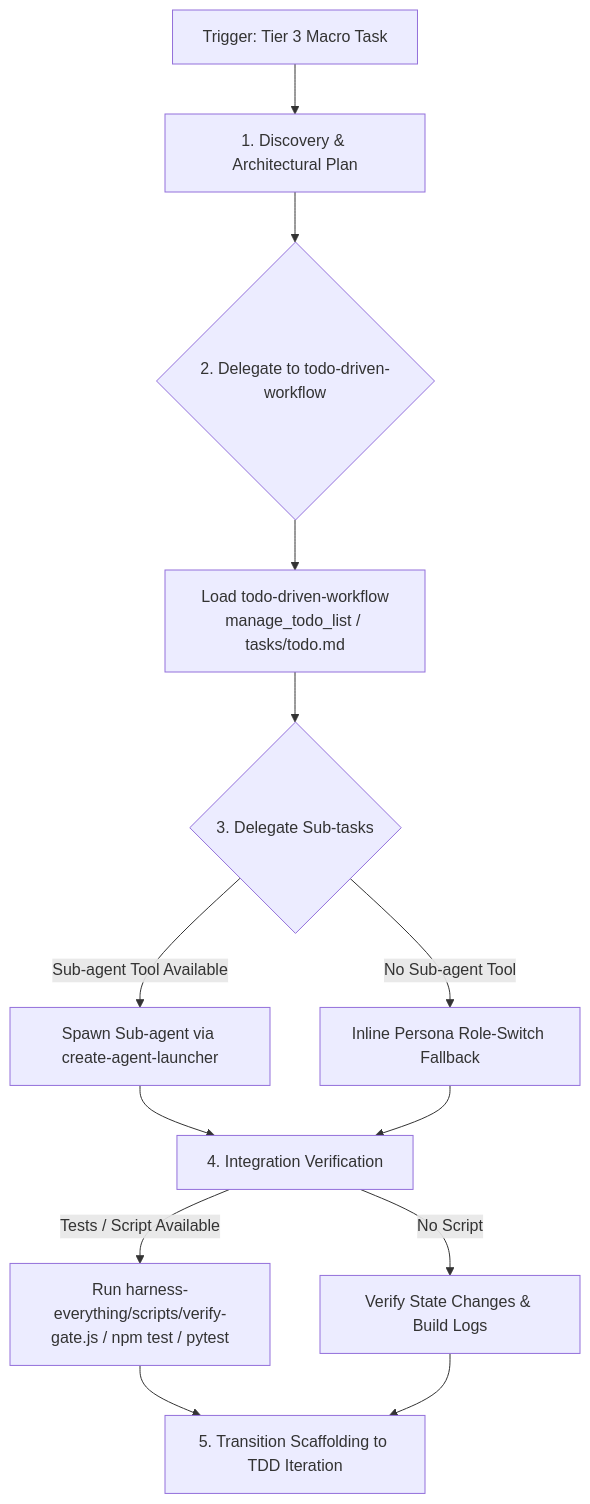
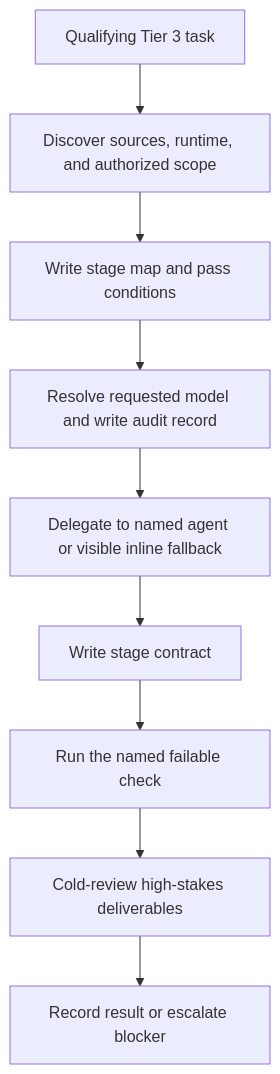
One commit to dyphn1/Harness-everything changed the diagram in fable-mode/references/execution-phases.md. Above: the diagram before and after it, drawn with Mermaid. The commit also changed other lines of this file and 47 other files, not shown here.

````diff
--- a/fable-mode/references/execution-phases.md
+++ b/fable-mode/references/execution-phases.md
@@ -7,20 +3,11 @@
 ```mermaid
 flowchart TD
-    Start[Trigger: Tier 3 Macro Task] --> Plan[1. Discovery & Architectural Plan]
-    Plan --> InitTodo{2. Delegate to todo-driven-workflow}
-
-    InitTodo --> UseTracker[Load todo-driven-workflow<br>manage_todo_list / tasks/todo.md]
-    UseTracker --> Delegate{3. Delegate Sub-tasks}
-
-    Delegate -- Sub-agent Tool Available --> SpawnSub[Spawn Sub-agent via create-agent-launcher]
-    Delegate -- No Sub-agent Tool --> InlineSwitch[Inline Persona Role-Switch Fallback]
-
-    SpawnSub --> Verify[4. Integration Verification]
-    InlineSwitch --> Verify
-
-    Verify -- Tests / Script Available --> RunVerify[Run harness-everything/scripts/verify-gate.js / npm test / pytest]
-    Verify -- No Script --> ManualVerify[Verify State Changes & Build Logs]
-
-    RunVerify --> Transition[5. Transition Scaffolding to TDD Iteration]
-    ManualVerify --> Transition
+  Start[Qualifying Tier 3 task] --> Discover[Discover sources, runtime, and authorized scope]
+  Discover --> Plan[Write stage map and pass conditions]
+  Plan --> Select[Resolve requested model and write audit record]
+  Select --> Delegate[Delegate to named agent or visible inline fallback]
+  Delegate --> Contract[Write stage contract]
+  Contract --> Verify[Run the named failable check]
+  Verify --> Review[Cold-review high-stakes deliverables]
+  Review --> Done[Record result or escalate blocker]
 ```
````
